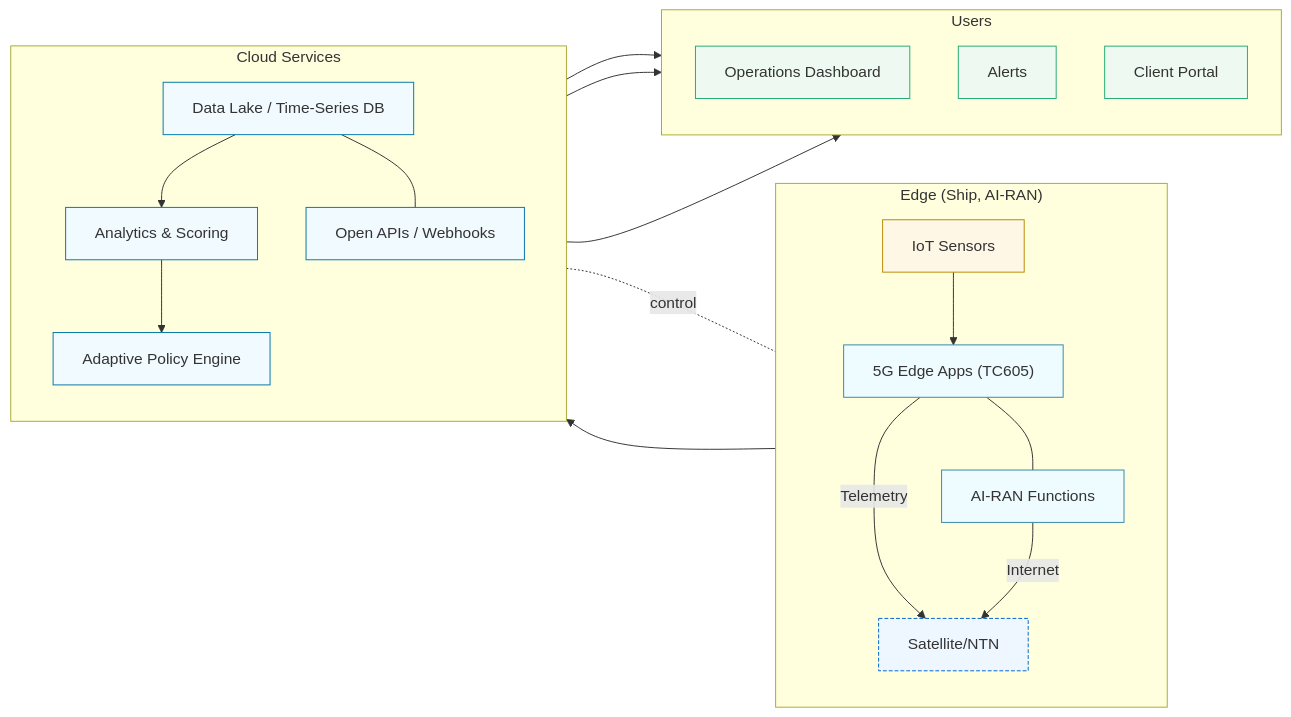
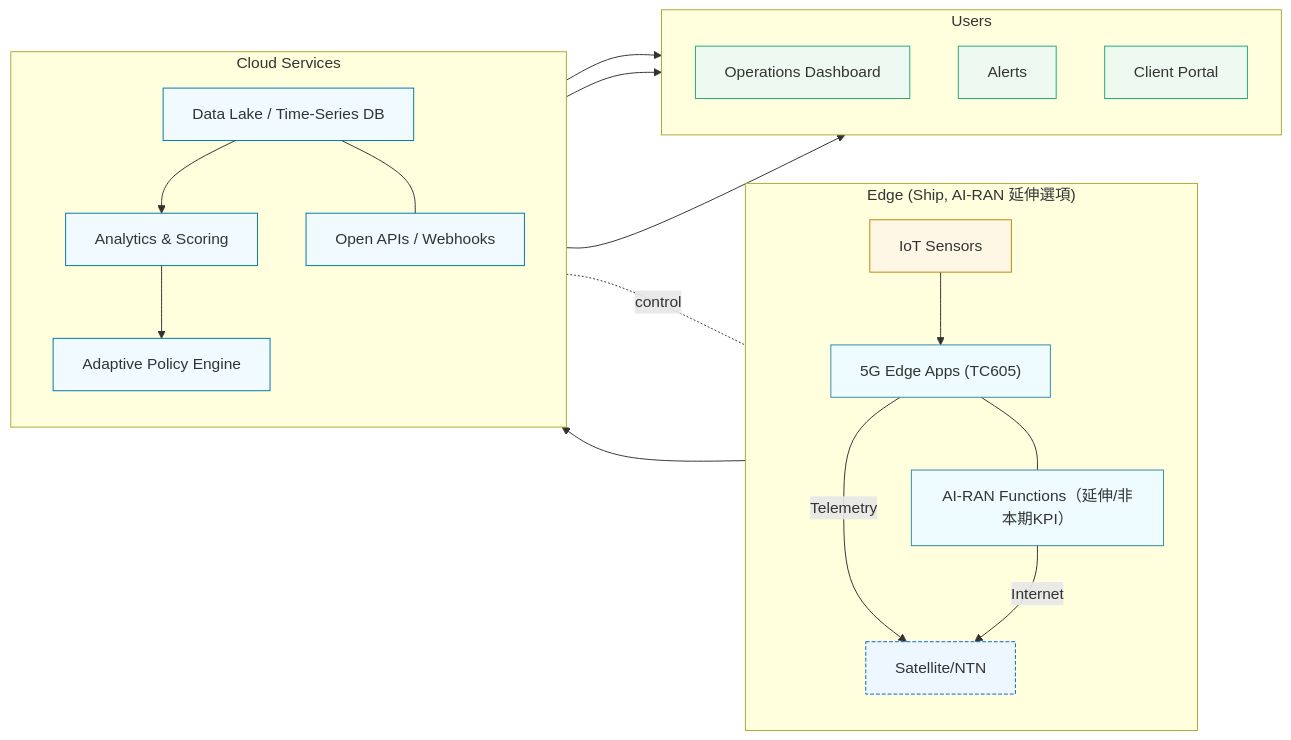
One commit to jshuo/ai-moea-proposal changed the second of 2 diagrams in proposal/AI應用躍昇計畫-計畫書-提交版.md. Above: the diagram before and after it, drawn with Mermaid. The commit also changed other lines of this file, not shown here.

Commit message:
Refine AI proposal document by clarifying AI-RAN/O-RAN integration details and emphasizing the focus on AI-MaaS for improved project scope understanding.

`````diff
--- a/proposal/AI應用躍昇計畫-計畫書-提交版.md
+++ b/proposal/AI應用躍昇計畫-計畫書-提交版.md
@@ -672,48 +678,48 @@
 ````mermaid
 
 flowchart LR
   %% High-level architecture
-  subgraph Edge["Edge (Ship, AI-RAN)"]
+   subgraph Edge["Edge (Ship, AI-RAN 延伸選項)"]
     direction TB
     Sensors["IoT Sensors"]:::sensor
     EdgeApps["5G Edge Apps (TC605)"]:::edge
-    AIRAN["AI-RAN Functions"]:::edge
+   AIRAN["AI-RAN Functions（延伸/非本期KPI）"]:::edge
     NTN["Satellite/NTN"]:::link
     Sensors --> EdgeApps
   end
 
    subgraph Cloud["Cloud Services"]
     direction TB
     DL["Data Lake / Time-Series DB"]:::cloud
     Analytics["Analytics & Scoring"]:::cloud
    Policy["Adaptive Policy Engine"]:::cloud
     API["Open APIs / Webhooks"]:::cloud
     DL --> Analytics --> Policy
     DL --- API
   end
 
   subgraph Users["Users"]
     direction TB
     Ops["Operations Dashboard"]:::ui
     Alerts["Alerts"]:::ui
     Client["Client Portal"]:::ui
   end
 
   EdgeApps -->|Telemetry| NTN
   AIRAN -->|Internet| NTN
   EdgeApps --- AIRAN
   NTN --> DL
   DL --> Ops
   Analytics --> Alerts
   API --> Client
   Policy -. control .- NTN
 
   classDef sensor fill:#fff7e6,stroke:#b80,stroke-width:1px;
   classDef edge fill:#eefcff,stroke:#38a,stroke-width:1px;
   classDef link fill:#eef7ff,stroke:#06c,stroke-width:1px,stroke-dasharray: 4 2;
   classDef cloud fill:#f1faff,stroke:#07a,stroke-width:1px;
   classDef ui fill:#eefaf1,stroke:#2a7,stroke-width:1px;
 
 
 
 ````
`````
